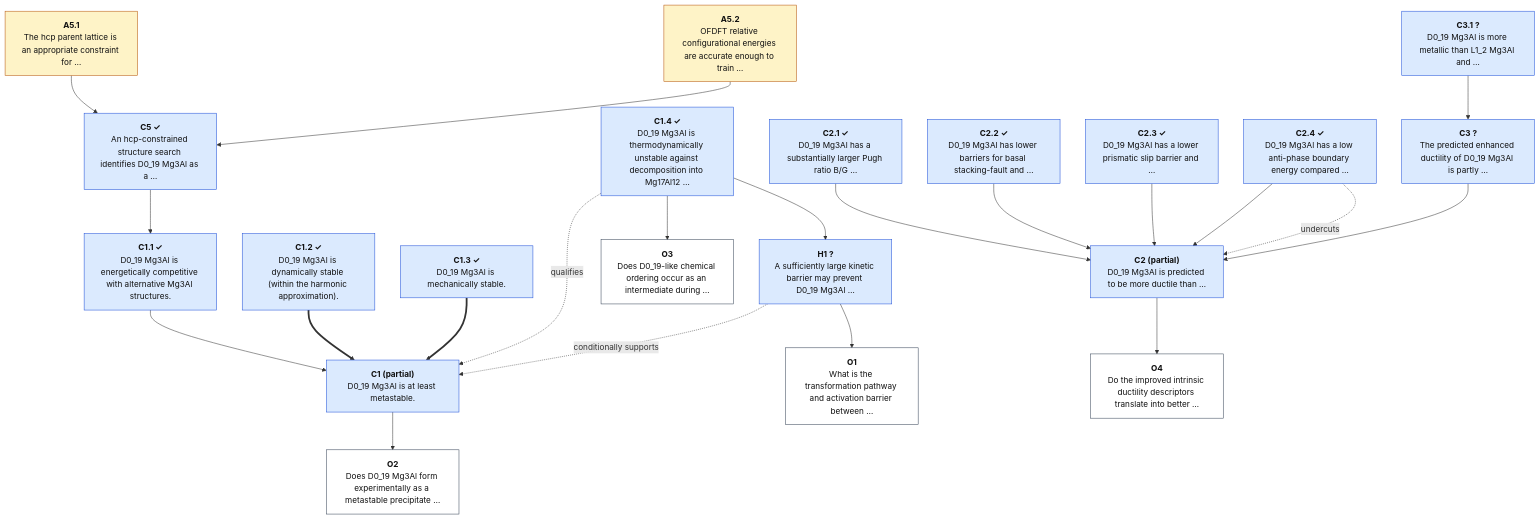
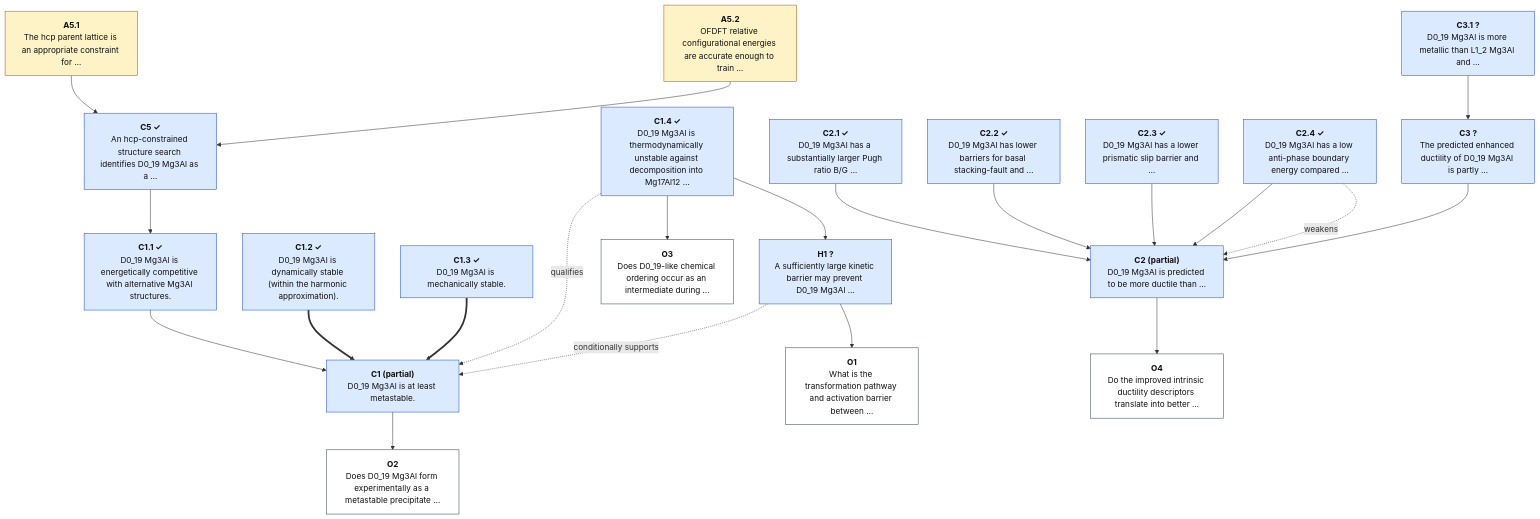
One commit to lab-mids/claim-chain changed the diagram in examples/zhuang2017_d019_mgal/generated/zhuang2017_d019_mgal_claimchain_core.mmd. Above: the diagram before and after it, drawn with Mermaid. The commit also changed 36 other files, not shown here.

Commit message:
Convert undercuts to weakens

```diff
--- a/examples/zhuang2017_d019_mgal/generated/zhuang2017_d019_mgal_claimchain_core.mmd
+++ b/examples/zhuang2017_d019_mgal/generated/zhuang2017_d019_mgal_claimchain_core.mmd
@@ -1,50 +1,50 @@
 flowchart TD
   C5 --> C1_1
   A5_1 --> C5
   A5_2 --> C5
   C1_1 --> C1
   C1_2 ==> C1
   C1_3 ==> C1
   C1_4 -.->|qualifies| C1
   C1_4 --> H1
   H1 -.->|conditionally supports| C1
   H1 --> O1
   C1 --> O2
   C1_4 --> O3
   C2 --> O4
   C2_1 --> C2
   C2_2 --> C2
   C2_3 --> C2
   C2_4 --> C2
-  C2_4 -.->|undercuts| C2
+  C2_4 -.->|weakens| C2
   C3_1 --> C3
   C3 --> C2
   A5_1["<b>A5.1</b><br/>The hcp parent lattice is an appropriate constraint for …"]:::asm
   A5_2["<b>A5.2</b><br/>OFDFT relative configurational energies are accurate enough to train …"]:::asm
   C1["<b>C1 (partial)</b><br/>D0_19 Mg3Al is at least metastable."]:::claim
   C1_1["<b>C1.1 ✓</b><br/>D0_19 Mg3Al is energetically competitive with alternative Mg3Al structures."]:::claim
   C1_2["<b>C1.2 ✓</b><br/>D0_19 Mg3Al is dynamically stable (within the harmonic approximation)."]:::claim
   C1_3["<b>C1.3 ✓</b><br/>D0_19 Mg3Al is mechanically stable."]:::claim
   C1_4["<b>C1.4 ✓</b><br/>D0_19 Mg3Al is thermodynamically unstable against decomposition into Mg17Al12 …"]:::claim
   C2["<b>C2 (partial)</b><br/>D0_19 Mg3Al is predicted to be more ductile than …"]:::claim
   C2_1["<b>C2.1 ✓</b><br/>D0_19 Mg3Al has a substantially larger Pugh ratio B/G …"]:::claim
   C2_2["<b>C2.2 ✓</b><br/>D0_19 Mg3Al has lower barriers for basal stacking-fault and …"]:::claim
   C2_3["<b>C2.3 ✓</b><br/>D0_19 Mg3Al has a lower prismatic slip barrier and …"]:::claim
   C2_4["<b>C2.4 ✓</b><br/>D0_19 Mg3Al has a low anti-phase boundary energy compared …"]:::claim
   C3["<b>C3 ?</b><br/>The predicted enhanced ductility of D0_19 Mg3Al is partly …"]:::claim
   C3_1["<b>C3.1 ?</b><br/>D0_19 Mg3Al is more metallic than L1_2 Mg3Al and …"]:::claim
   C5["<b>C5 ✓</b><br/>An hcp-constrained structure search identifies D0_19 Mg3Al as a …"]:::claim
   H1["<b>H1 ?</b><br/>A sufficiently large kinetic barrier may prevent D0_19 Mg3Al …"]:::claim
   O1["<b>O1</b><br/>What is the transformation pathway and activation barrier between …"]:::q
   O2["<b>O2</b><br/>Does D0_19 Mg3Al form experimentally as a metastable precipitate …"]:::q
   O3["<b>O3</b><br/>Does D0_19-like chemical ordering occur as an intermediate during …"]:::q
   O4["<b>O4</b><br/>Do the improved intrinsic ductility descriptors translate into better …"]:::q
   classDef bg fill:#eef2f7,stroke:#64748b,color:#111
   classDef claim fill:#dbeafe,stroke:#1d4ed8,color:#111
   classDef obs fill:#dcfce7,stroke:#15803d,color:#111
   classDef lim fill:#fee2e2,stroke:#b91c1c,color:#111
   classDef asm fill:#fef3c7,stroke:#b45309,color:#111
   classDef meth fill:#f3e8ff,stroke:#7e22ce,color:#111
   classDef out fill:#f1f5f9,stroke:#94a3b8,color:#111,stroke-dasharray:4 3
   classDef q fill:#ffffff,stroke:#334155,color:#111
   classDef ext fill:#ffffff,stroke:#64748b,color:#111,stroke-dasharray:2 2
```
